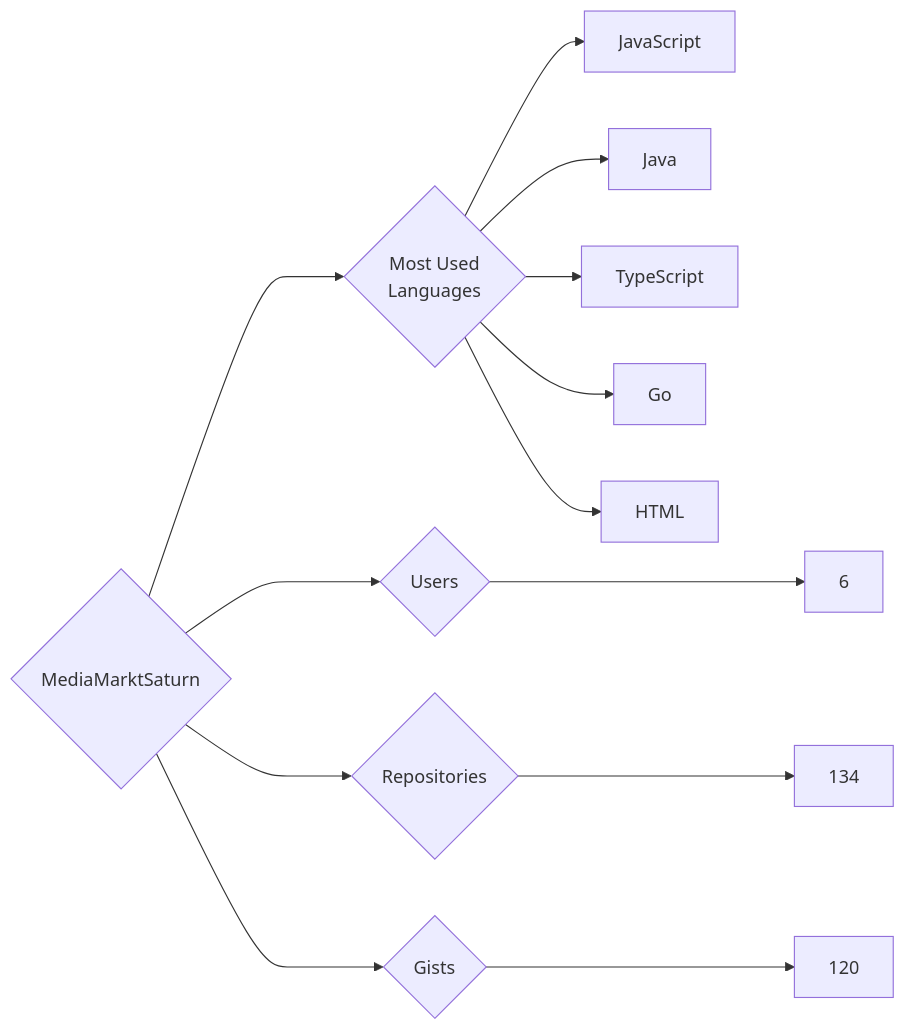
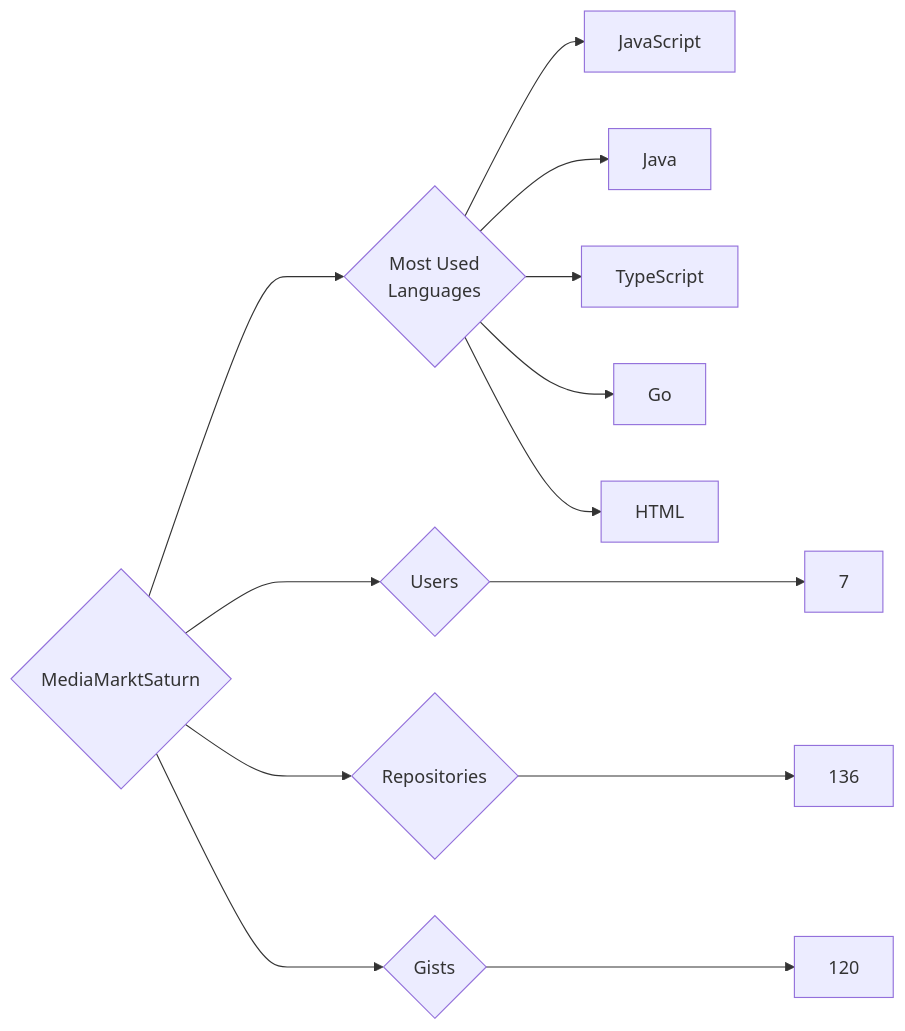
The diagram in targets/MediaMarktSaturn/README.md (trickest/insiders), drawn with Mermaid before and after one commit. The commit also changed 1389 other files, not shown here.

````diff
--- a/targets/MediaMarktSaturn/README.md
+++ b/targets/MediaMarktSaturn/README.md
@@ -3,13 +3,13 @@
 ```mermaid
 graph LR
 COMPANY_NAME{MediaMarktSaturn}
-COMPANY_NAME ---> U{Users} ---> UN[6]
-COMPANY_NAME ---> R{Repositories} ---> RN[134]
+COMPANY_NAME ---> U{Users} ---> UN[7]
+COMPANY_NAME ---> R{Repositories} ---> RN[136]
 COMPANY_NAME ---> G{Gists} ---> GN[120]
 COMPANY_NAME ---> ML{Most Used<br>Languages}
 ML --> JavaScript[JavaScript]
 ML --> Java[Java]
 ML --> TypeScript[TypeScript]
 ML --> Go[Go]
 ML --> HTML[HTML]
 ```
````
